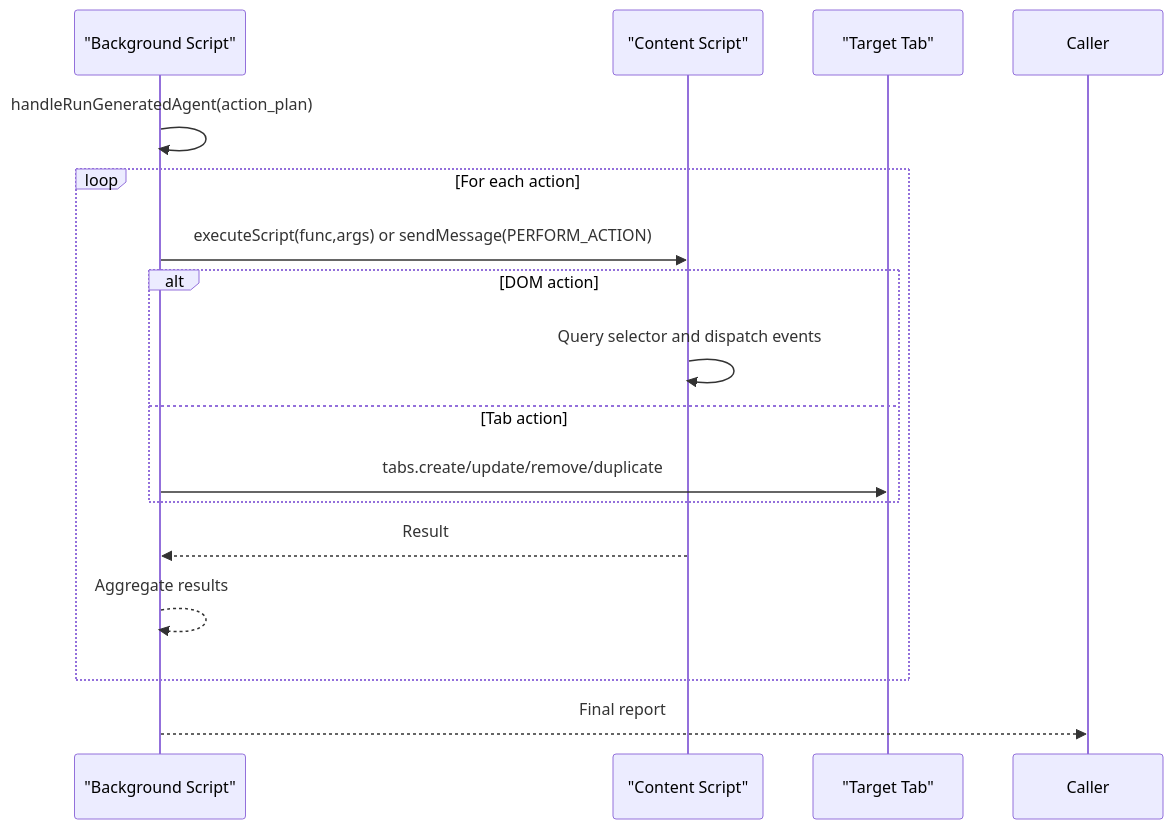
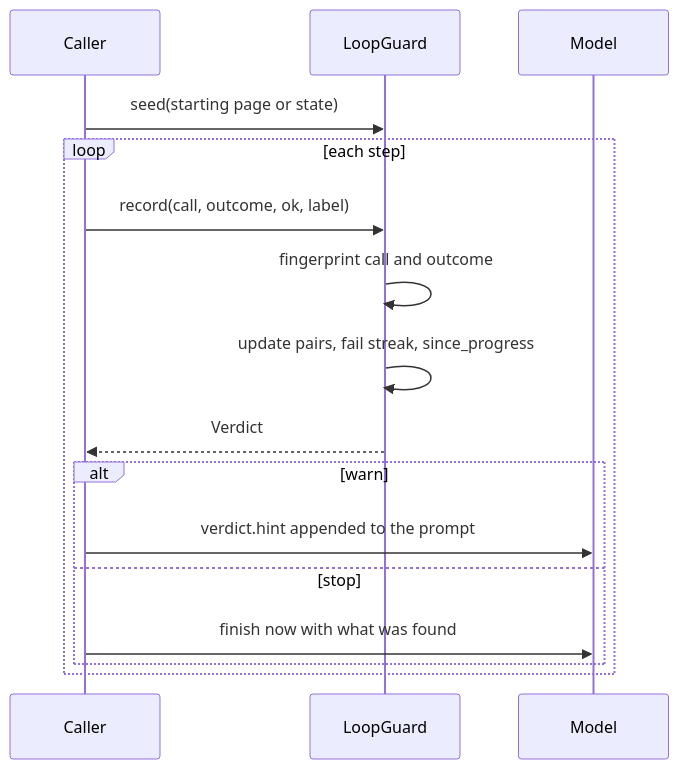
Before and after one commit to tashifkhan/tashif.codes: the second of 6 diagrams in src/data/docs/agentic-browser/Browser Automation/Security and Safety Mechanisms.md, drawn with Mermaid. The commit also changed other lines of this file and 114 other files, not shown here.

````diff
--- a/src/data/docs/agentic-browser/Browser Automation/Security and Safety Mechanisms.md
+++ b/src/data/docs/agentic-browser/Browser Automation/Security and Safety Mechanisms.md
@@ -121,18 +64,18 @@
 ```mermaid
 sequenceDiagram
-participant BG as "Background Script"
-participant CS as "Content Script"
-participant TAB as "Target Tab"
-BG->>BG : handleRunGeneratedAgent(action_plan)
-loop For each action
-BG->>CS : executeScript(func,args) or sendMessage(PERFORM_ACTION)
-alt DOM action
-CS->>CS : Query selector and dispatch events
-else Tab action
-BG->>TAB : tabs.create/update/remove/duplicate
-end
-CS-->>BG : Result
-BG-->>BG : Aggregate results
-end
-BG-->>Caller : Final report
+  participant C as Caller
+  participant G as LoopGuard
+  participant M as Model
+  C->>G: seed(starting page or state)
+  loop each step
+    C->>G: record(call, outcome, ok, label)
+    G->>G: fingerprint call and outcome
+    G->>G: update pairs, fail streak, since_progress
+    G-->>C: Verdict
+    alt warn
+      C->>M: verdict.hint appended to the prompt
+    else stop
+      C->>M: finish now with what was found
+    end
+  end
 ```
````
